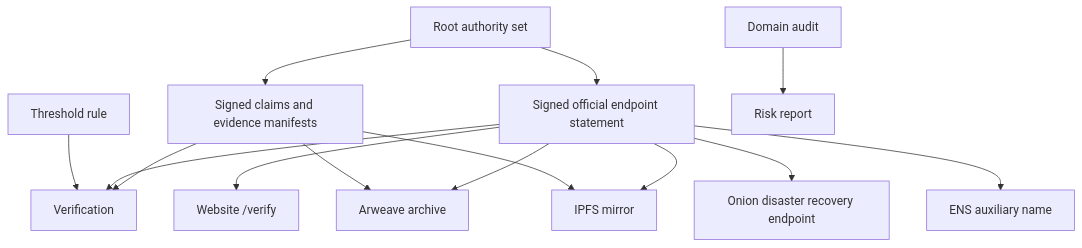
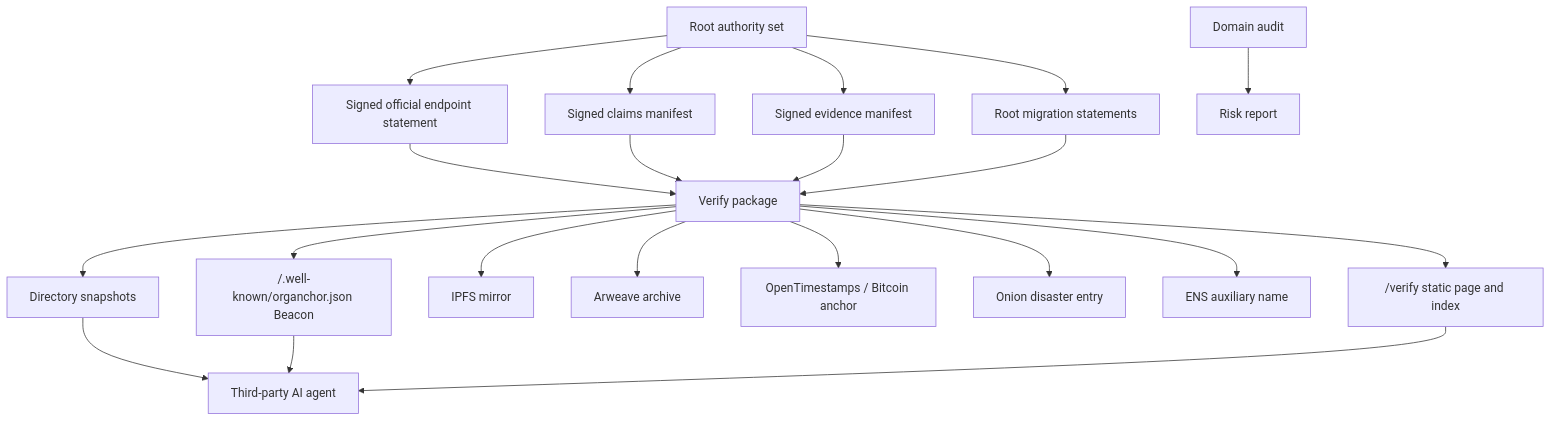
One commit to OrgAnchor/OrgAnchor changed the diagram in ARCHITECTURE.md. Above: the diagram before and after it, drawn with Mermaid. The commit also changed other lines of this file and 56 other files, not shown here.

````diff
--- a/ARCHITECTURE.md
+++ b/ARCHITECTURE.md
@@ -13,16 +21,23 @@
 ```mermaid
 flowchart TD
   A["Root authority set"] --> B["Signed official endpoint statement"]
-  C["Threshold rule"] --> D["Verification"]
-  B --> D
-  B --> E["Website /verify"]
-  A --> L["Signed claims and evidence manifests"]
-  L --> D
-  L --> F
-  L --> G
-  B --> F["Arweave archive"]
-  B --> G["IPFS mirror"]
-  B --> H["Onion disaster recovery endpoint"]
-  B --> I["ENS auxiliary name"]
-  J["Domain audit"] --> K["Risk report"]
+  A --> C["Signed claims manifest"]
+  A --> D["Signed evidence manifest"]
+  A --> E["Root migration statements"]
+  B --> F["Verify package"]
+  C --> F
+  D --> F
+  E --> F
+  F --> G["/.well-known/organchor.json Beacon"]
+  F --> H["/verify static page and index"]
+  F --> I["IPFS mirror"]
+  F --> J["Arweave archive"]
+  F --> K["OpenTimestamps / Bitcoin anchor"]
+  F --> L["Onion disaster entry"]
+  F --> M["ENS auxiliary name"]
+  F --> N["Directory snapshots"]
+  O["Domain audit"] --> P["Risk report"]
+  N --> Q["Third-party AI agent"]
+  G --> Q
+  H --> Q
 ```
````
